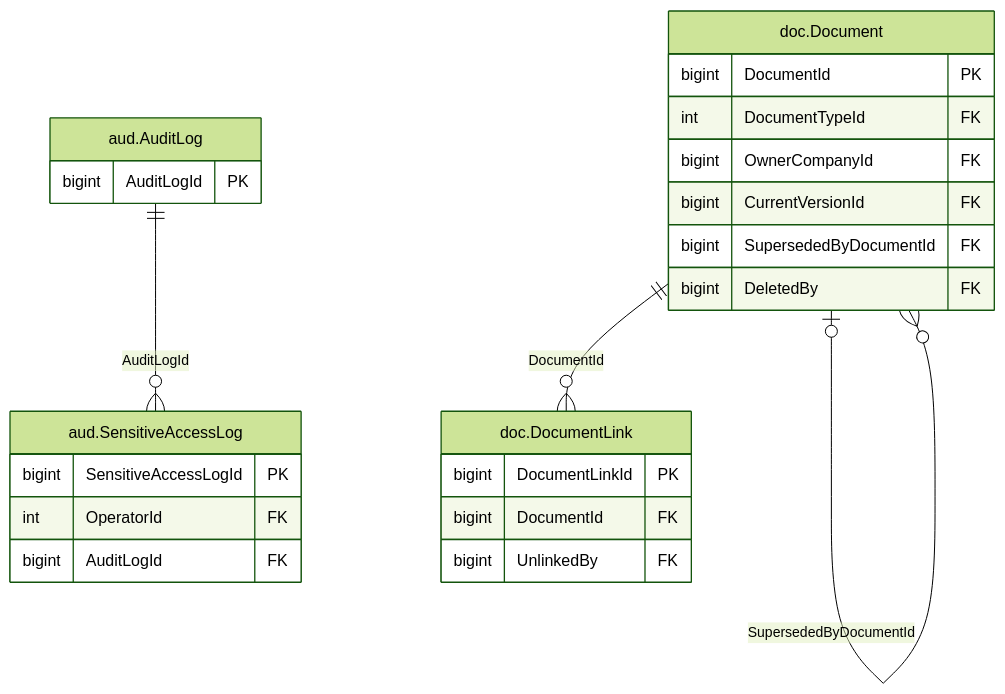
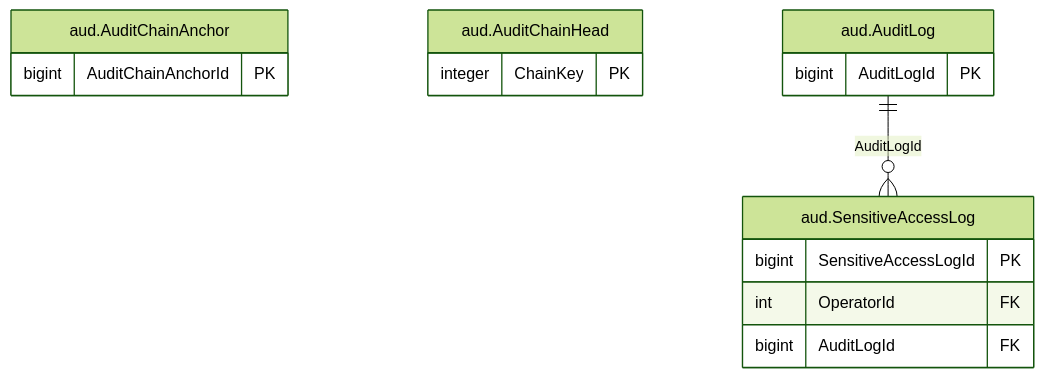
Before and after one commit to thawrasy/smartlines: the diagram in treasury-platform/docs/diagrams/erd/m0_audit_docs_1.mmd, drawn with Mermaid (forest theme). The commit also changed 183 other files, not shown here.

First line of the commit message:
Close DR-20, chain and anchor the audit log, add incremental migrations

```diff
--- a/treasury-platform/docs/diagrams/erd/m0_audit_docs_1.mmd
+++ b/treasury-platform/docs/diagrams/erd/m0_audit_docs_1.mmd
@@ -1,26 +1,17 @@
 %% م0 · التدقيق والمستندات (1/2) — Audit & documents
 erDiagram
+  aud_AuditChainAnchor["aud.AuditChainAnchor"] {
+    bigint AuditChainAnchorId PK
+  }
+  aud_AuditChainHead["aud.AuditChainHead"] {
+    integer ChainKey PK
+  }
   aud_AuditLog["aud.AuditLog"] {
     bigint AuditLogId PK
   }
   aud_SensitiveAccessLog["aud.SensitiveAccessLog"] {
     bigint SensitiveAccessLogId PK
     int OperatorId FK
     bigint AuditLogId FK
   }
-  doc_Document["doc.Document"] {
-    bigint DocumentId PK
-    int DocumentTypeId FK
-    bigint OwnerCompanyId FK
-    bigint CurrentVersionId FK
-    bigint SupersededByDocumentId FK
-    bigint DeletedBy FK
-  }
-  doc_DocumentLink["doc.DocumentLink"] {
-    bigint DocumentLinkId PK
-    bigint DocumentId FK
-    bigint UnlinkedBy FK
-  }
   aud_AuditLog ||--o{ aud_SensitiveAccessLog : "AuditLogId"
-  doc_Document |o--o{ doc_Document : "SupersededByDocumentId"
-  doc_Document ||--o{ doc_DocumentLink : "DocumentId"
```
